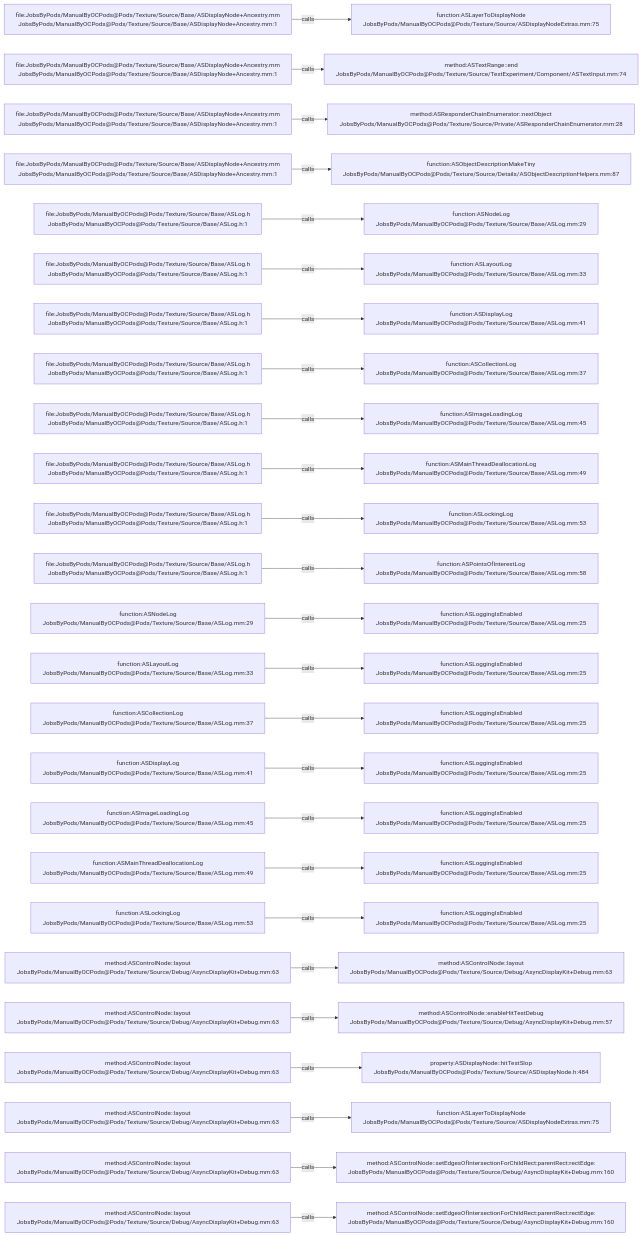
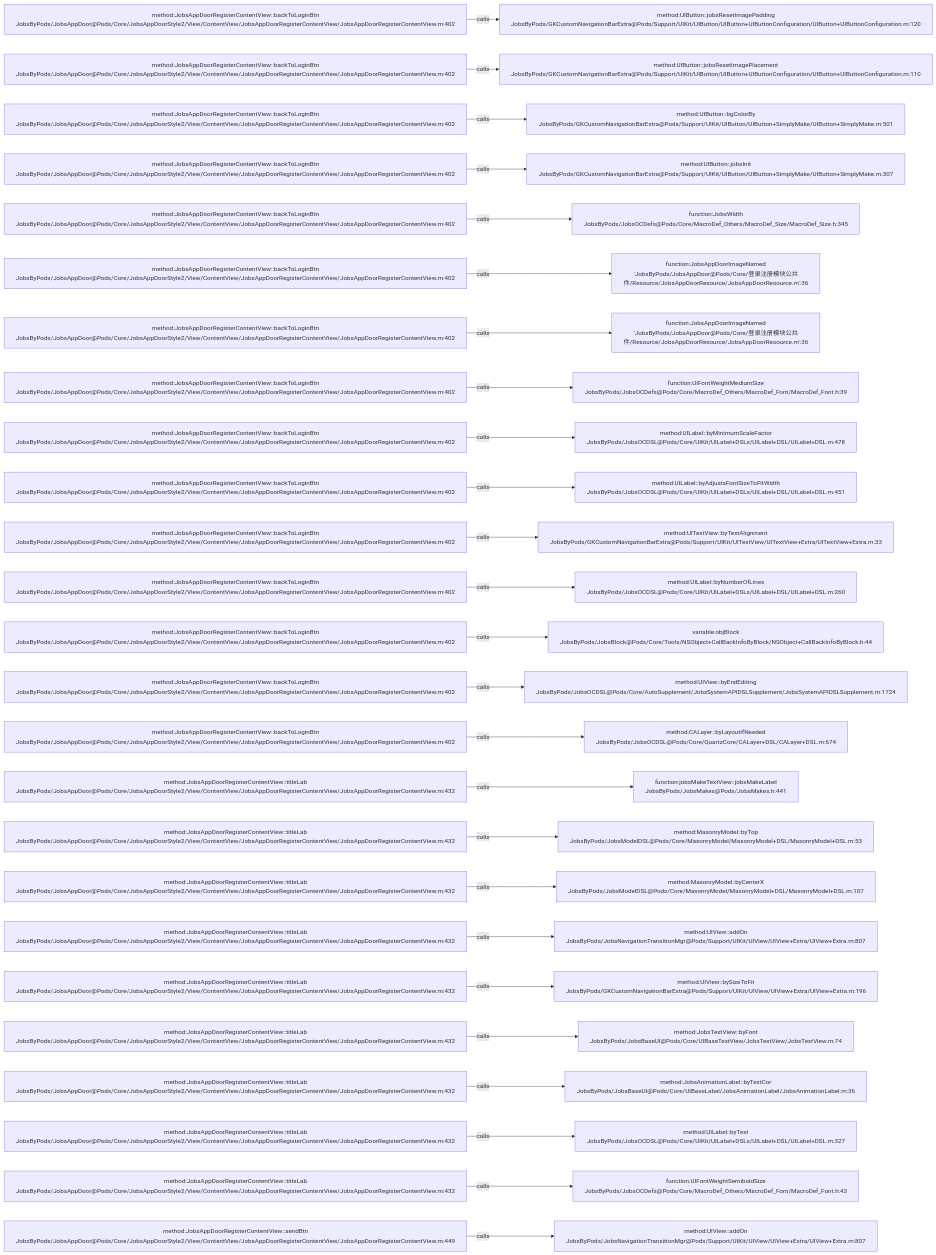
Before and after one commit to JobsKits/JobsOCBaseConfigDemo: the diagram in .codegraph/codegraph.md/graphs/calls-132.md, drawn with Mermaid. The commit also changed 768 other files, not shown here.

````diff
--- a/.codegraph/codegraph.md/graphs/calls-132.md
+++ b/.codegraph/codegraph.md/graphs/calls-132.md
@@ -13,78 +13,78 @@
 ```mermaid
 flowchart LR
-  S1["file:JobsByPods/ManualByOCPods@Pods/Texture/Source/Base/ASDisplayNode+Ancestry.mm<br/>JobsByPods/ManualByOCPods@Pods/Texture/Source/Base/ASDisplayNode+Ancestry.mm:1"]
-  T1["function:ASLayerToDisplayNode<br/>JobsByPods/ManualByOCPods@Pods/Texture/Source/ASDisplayNodeExtras.mm:75"]
+  S1["method:JobsAppDoorRegisterContentView::backToLoginBtn<br/>JobsByPods/JobsAppDoor@Pods/Core/JobsAppDoorStyle2/View/ContentView/JobsAppDoorRegisterContentView/JobsAppDoorRegisterContentView.m:402"]
+  T1["method:UIButton::jobsResetImagePadding<br/>JobsByPods/GKCustomNavigationBarExtra@Pods/Support/UIKit/UIButton/UIButton+UIButtonConfiguration/UIButton+UIButtonConfiguration.m:120"]
   S1 -->|calls| T1
-  S2["file:JobsByPods/ManualByOCPods@Pods/Texture/Source/Base/ASDisplayNode+Ancestry.mm<br/>JobsByPods/ManualByOCPods@Pods/Texture/Source/Base/ASDisplayNode+Ancestry.mm:1"]
-  T2["method:ASTextRange::end<br/>JobsByPods/ManualByOCPods@Pods/Texture/Source/TextExperiment/Component/ASTextInput.mm:74"]
+  S2["method:JobsAppDoorRegisterContentView::backToLoginBtn<br/>JobsByPods/JobsAppDoor@Pods/Core/JobsAppDoorStyle2/View/ContentView/JobsAppDoorRegisterContentView/JobsAppDoorRegisterContentView.m:402"]
+  T2["method:UIButton::jobsResetImagePlacement<br/>JobsByPods/GKCustomNavigationBarExtra@Pods/Support/UIKit/UIButton/UIButton+UIButtonConfiguration/UIButton+UIButtonConfiguration.m:110"]
   S2 -->|calls| T2
-  S3["file:JobsByPods/ManualByOCPods@Pods/Texture/Source/Base/ASDisplayNode+Ancestry.mm<br/>JobsByPods/ManualByOCPods@Pods/Texture/Source/Base/ASDisplayNode+Ancestry.mm:1"]
-  T3["method:ASResponderChainEnumerator::nextObject<br/>JobsByPods/ManualByOCPods@Pods/Texture/Source/Private/ASResponderChainEnumerator.mm:28"]
+  S3["method:JobsAppDoorRegisterContentView::backToLoginBtn<br/>JobsByPods/JobsAppDoor@Pods/Core/JobsAppDoorStyle2/View/ContentView/JobsAppDoorRegisterContentView/JobsAppDoorRegisterContentView.m:402"]
+  T3["method:UIButton::bgColorBy<br/>JobsByPods/GKCustomNavigationBarExtra@Pods/Support/UIKit/UIButton/UIButton+SimplyMake/UIButton+SimplyMake.m:501"]
   S3 -->|calls| T3
-  S4["file:JobsByPods/ManualByOCPods@Pods/Texture/Source/Base/ASDisplayNode+Ancestry.mm<br/>JobsByPods/ManualByOCPods@Pods/Texture/Source/Base/ASDisplayNode+Ancestry.mm:1"]
-  T4["function:ASObjectDescriptionMakeTiny<br/>JobsByPods/ManualByOCPods@Pods/Texture/Source/Details/ASObjectDescriptionHelpers.mm:87"]
+  S4["method:JobsAppDoorRegisterContentView::backToLoginBtn<br/>JobsByPods/JobsAppDoor@Pods/Core/JobsAppDoorStyle2/View/ContentView/JobsAppDoorRegisterContentView/JobsAppDoorRegisterContentView.m:402"]
+  T4["method:UIButton::jobsInit<br/>JobsByPods/GKCustomNavigationBarExtra@Pods/Support/UIKit/UIButton/UIButton+SimplyMake/UIButton+SimplyMake.m:307"]
   S4 -->|calls| T4
-  S5["file:JobsByPods/ManualByOCPods@Pods/Texture/Source/Base/ASLog.h<br/>JobsByPods/ManualByOCPods@Pods/Texture/Source/Base/ASLog.h:1"]
-  T5["function:ASNodeLog<br/>JobsByPods/ManualByOCPods@Pods/Texture/Source/Base/ASLog.mm:29"]
+  S5["method:JobsAppDoorRegisterContentView::backToLoginBtn<br/>JobsByPods/JobsAppDoor@Pods/Core/JobsAppDoorStyle2/View/ContentView/JobsAppDoorRegisterContentView/JobsAppDoorRegisterContentView.m:402"]
+  T5["function:JobsWidth<br/>JobsByPods/JobsOCDefs@Pods/Core/MacroDef_Others/MacroDef_Size/MacroDef_Size.h:345"]
   S5 -->|calls| T5
-  S6["file:JobsByPods/ManualByOCPods@Pods/Texture/Source/Base/ASLog.h<br/>JobsByPods/ManualByOCPods@Pods/Texture/Source/Base/ASLog.h:1"]
-  T6["function:ASLayoutLog<br/>JobsByPods/ManualByOCPods@Pods/Texture/Source/Base/ASLog.mm:33"]
+  S6["method:JobsAppDoorRegisterContentView::backToLoginBtn<br/>JobsByPods/JobsAppDoor@Pods/Core/JobsAppDoorStyle2/View/ContentView/JobsAppDoorRegisterContentView/JobsAppDoorRegisterContentView.m:402"]
+  T6["function:JobsAppDoorImageNamed<br/>'JobsByPods/JobsAppDoor@Pods/Core/登录注册模块公共件/Resource/JobsAppDoorResource/JobsAppDoorResource.m':36"]
   S6 -->|calls| T6
-  S7["file:JobsByPods/ManualByOCPods@Pods/Texture/Source/Base/ASLog.h<br/>JobsByPods/ManualByOCPods@Pods/Texture/Source/Base/ASLog.h:1"]
-  T7["function:ASDisplayLog<br/>JobsByPods/ManualByOCPods@Pods/Texture/Source/Base/ASLog.mm:41"]
+  S7["method:JobsAppDoorRegisterContentView::backToLoginBtn<br/>JobsByPods/JobsAppDoor@Pods/Core/JobsAppDoorStyle2/View/ContentView/JobsAppDoorRegisterContentView/JobsAppDoorRegisterContentView.m:402"]
+  T7["function:JobsAppDoorImageNamed<br/>'JobsByPods/JobsAppDoor@Pods/Core/登录注册模块公共件/Resource/JobsAppDoorResource/JobsAppDoorResource.m':36"]
   S7 -->|calls| T7
-  S8["file:JobsByPods/ManualByOCPods@Pods/Texture/Source/Base/ASLog.h<br/>JobsByPods/ManualByOCPods@Pods/Texture/Source/Base/ASLog.h:1"]
-  T8["function:ASCollectionLog<br/>JobsByPods/ManualByOCPods@Pods/Texture/Source/Base/ASLog.mm:37"]
+  S8["method:JobsAppDoorRegisterContentView::backToLoginBtn<br/>JobsByPods/JobsAppDoor@Pods/Core/JobsAppDoorStyle2/View/ContentView/JobsAppDoorRegisterContentView/JobsAppDoorRegisterContentView.m:402"]
+  T8["function:UIFontWeightMediumSize<br/>JobsByPods/JobsOCDefs@Pods/Core/MacroDef_Others/MacroDef_Font/MacroDef_Font.h:39"]
   S8 -->|calls| T8
-  S9["file:JobsByPods/ManualByOCPods@Pods/Texture/Source/Base/ASLog.h<br/>JobsByPods/ManualByOCPods@Pods/Texture/Source/Base/ASLog.h:1"]
-  T9["function:ASImageLoadingLog<br/>JobsByPods/ManualByOCPods@Pods/Texture/Source/Base/ASLog.mm:45"]
+  S9["method:JobsAppDoorRegisterContentView::backToLoginBtn<br/>JobsByPods/JobsAppDoor@Pods/Core/JobsAppDoorStyle2/View/ContentView/JobsAppDoorRegisterContentView/JobsAppDoorRegisterContentView.m:402"]
+  T9["method:UILabel::byMinimumScaleFactor<br/>JobsByPods/JobsOCDSL@Pods/Core/UIKit/UILabel+DSLs/UILabel+DSL/UILabel+DSL.m:478"]
   S9 -->|calls| T9
-  S10["file:JobsByPods/ManualByOCPods@Pods/Texture/Source/Base/ASLog.h<br/>JobsByPods/ManualByOCPods@Pods/Texture/Source/Base/ASLog.h:1"]
-  T10["function:ASMainThreadDeallocationLog<br/>JobsByPods/ManualByOCPods@Pods/Texture/Source/Base/ASLog.mm:49"]
+  S10["method:JobsAppDoorRegisterContentView::backToLoginBtn<br/>JobsByPods/JobsAppDoor@Pods/Core/JobsAppDoorStyle2/View/ContentView/JobsAppDoorRegisterContentView/JobsAppDoorRegisterContentView.m:402"]
+  T10["method:UILabel::byAdjustsFontSizeToFitWidth<br/>JobsByPods/JobsOCDSL@Pods/Core/UIKit/UILabel+DSLs/UILabel+DSL/UILabel+DSL.m:451"]
   S10 -->|calls| T10
-  S11["file:JobsByPods/ManualByOCPods@Pods/Texture/Source/Base/ASLog.h<br/>JobsByPods/ManualByOCPods@Pods/Texture/Source/Base/ASLog.h:1"]
-  T11["function:ASLockingLog<br/>JobsByPods/ManualByOCPods@Pods/Texture/Source/Base/ASLog.mm:53"]
+  S11["method:JobsAppDoorRegisterContentView::backToLoginBtn<br/>JobsByPods/JobsAppDoor@Pods/Core/JobsAppDoorStyle2/View/ContentView/JobsAppDoorRegisterContentView/JobsAppDoorRegisterContentView.m:402"]
+  T11["method:UITextView::byTextAlignment<br/>JobsByPods/GKCustomNavigationBarExtra@Pods/Support/UIKit/UITextView/UITextView+Extra/UITextView+Extra.m:33"]
   S11 -->|calls| T11
-  S12["file:JobsByPods/ManualByOCPods@Pods/Texture/Source/Base/ASLog.h<br/>JobsByPods/ManualByOCPods@Pods/Texture/Source/Base/ASLog.h:1"]
-  T12["function:ASPointsOfInterestLog<br/>JobsByPods/ManualByOCPods@Pods/Texture/Source/Base/ASLog.mm:58"]
+  S12["method:JobsAppDoorRegisterContentView::backToLoginBtn<br/>JobsByPods/JobsAppDoor@Pods/Core/JobsAppDoorStyle2/View/ContentView/JobsAppDoorRegisterContentView/JobsAppDoorRegisterContentView.m:402"]
+  T12["method:UILabel::byNumberOfLines<br/>JobsByPods/JobsOCDSL@Pods/Core/UIKit/UILabel+DSLs/UILabel+DSL/UILabel+DSL.m:260"]
   S12 -->|calls| T12
-  S13["function:ASNodeLog<br/>JobsByPods/ManualByOCPods@Pods/Texture/Source/Base/ASLog.mm:29"]
-  T13["function:ASLoggingIsEnabled<br/>JobsByPods/ManualByOCPods@Pods/Texture/Source/Base/ASLog.mm:25"]
+  S13["method:JobsAppDoorRegisterContentView::backToLoginBtn<br/>JobsByPods/JobsAppDoor@Pods/Core/JobsAppDoorStyle2/View/ContentView/JobsAppDoorRegisterContentView/JobsAppDoorRegisterContentView.m:402"]
+  T13["variable:objBlock<br/>JobsByPods/JobsBlock@Pods/Core/Tools/NSObject+CallBackInfoByBlock/NSObject+CallBackInfoByBlock.h:44"]
   S13 -->|calls| T13
-  S14["function:ASLayoutLog<br/>JobsByPods/ManualByOCPods@Pods/Texture/Source/Base/ASLog.mm:33"]
-  T14["function:ASLoggingIsEnabled<br/>JobsByPods/ManualByOCPods@Pods/Texture/Source/Base/ASLog.mm:25"]
+  S14["method:JobsAppDoorRegisterContentView::backToLoginBtn<br/>JobsByPods/JobsAppDoor@Pods/Core/JobsAppDoorStyle2/View/ContentView/JobsAppDoorRegisterContentView/JobsAppDoorRegisterContentView.m:402"]
+  T14["method:UIView::byEndEditing<br/>JobsByPods/JobsOCDSL@Pods/Core/AutoSupplement/JobsSystemAPIDSLSupplement/JobsSystemAPIDSLSupplement.m:1724"]
   S14 -->|calls| T14
-  S15["function:ASCollectionLog<br/>JobsByPods/ManualByOCPods@Pods/Texture/Source/Base/ASLog.mm:37"]
-  T15["function:ASLoggingIsEnabled<br/>JobsByPods/ManualByOCPods@Pods/Texture/Source/Base/ASLog.mm:25"]
+  S15["method:JobsAppDoorRegisterContentView::backToLoginBtn<br/>JobsByPods/JobsAppDoor@Pods/Core/JobsAppDoorStyle2/View/ContentView/JobsAppDoorRegisterContentView/JobsAppDoorRegisterContentView.m:402"]
+  T15["method:CALayer::byLayoutIfNeeded<br/>JobsByPods/JobsOCDSL@Pods/Core/QuartzCore/CALayer+DSL/CALayer+DSL.m:674"]
   S15 -->|calls| T15
-  S16["function:ASDisplayLog<br/>JobsByPods/ManualByOCPods@Pods/Texture/Source/Base/ASLog.mm:41"]
-  T16["function:ASLoggingIsEnabled<br/>JobsByPods/ManualByOCPods@Pods/Texture/Source/Base/ASLog.mm:25"]
+  S16["method:JobsAppDoorRegisterContentView::titleLab<br/>JobsByPods/JobsAppDoor@Pods/Core/JobsAppDoorStyle2/View/ContentView/JobsAppDoorRegisterContentView/JobsAppDoorRegisterContentView.m:432"]
+  T16["function:jobsMakeTextView::jobsMakeLabel<br/>JobsByPods/JobsMakes@Pods/JobsMakes.h:441"]
   S16 -->|calls| T16
-  S17["function:ASImageLoadingLog<br/>JobsByPods/ManualByOCPods@Pods/Texture/Source/Base/ASLog.mm:45"]
-  T17["function:ASLoggingIsEnabled<br/>JobsByPods/ManualByOCPods@Pods/Texture/Source/Base/ASLog.mm:25"]
+  S17["method:JobsAppDoorRegisterContentView::titleLab<br/>JobsByPods/JobsAppDoor@Pods/Core/JobsAppDoorStyle2/View/ContentView/JobsAppDoorRegisterContentView/JobsAppDoorRegisterContentView.m:432"]
+  T17["method:MasonryModel::byTop<br/>JobsByPods/JobsModelDSL@Pods/Core/MasonryModel/MasonryModel+DSL/MasonryModel+DSL.m:53"]
   S17 -->|calls| T17
-  S18["function:ASMainThreadDeallocationLog<br/>JobsByPods/ManualByOCPods@Pods/Texture/Source/Base/ASLog.mm:49"]
-  T18["function:ASLoggingIsEnabled<br/>JobsByPods/ManualByOCPods@Pods/Texture/Source/Base/ASLog.mm:25"]
+  S18["method:JobsAppDoorRegisterContentView::titleLab<br/>JobsByPods/JobsAppDoor@Pods/Core/JobsAppDoorStyle2/View/ContentView/JobsAppDoorRegisterContentView/JobsAppDoorRegisterContentView.m:432"]
+  T18["method:MasonryModel::byCenterX<br/>JobsByPods/JobsModelDSL@Pods/Core/MasonryModel/MasonryModel+DSL/MasonryModel+DSL.m:107"]
   S18 -->|calls| T18
-  S19["function:ASLockingLog<br/>JobsByPods/ManualByOCPods@Pods/Texture/Source/Base/ASLog.mm:53"]
-  T19["function:ASLoggingIsEnabled<br/>JobsByPods/ManualByOCPods@Pods/Texture/Source/Base/ASLog.mm:25"]
+  S19["method:JobsAppDoorRegisterContentView::titleLab<br/>JobsByPods/JobsAppDoor@Pods/Core/JobsAppDoorStyle2/View/ContentView/JobsAppDoorRegisterContentView/JobsAppDoorRegisterContentView.m:432"]
+  T19["method:UIView::addOn<br/>JobsByPods/JobsNavigationTransitionMgr@Pods/Support/UIKit/UIView/UIView+Extra/UIView+Extra.m:807"]
   S19 -->|calls| T19
-  S20["method:ASControlNode::layout<br/>JobsByPods/ManualByOCPods@Pods/Texture/Source/Debug/AsyncDisplayKit+Debug.mm:63"]
-  T20["method:ASControlNode::layout<br/>JobsByPods/ManualByOCPods@Pods/Texture/Source/Debug/AsyncDisplayKit+Debug.mm:63"]
+  S20["method:JobsAppDoorRegisterContentView::titleLab<br/>JobsByPods/JobsAppDoor@Pods/Core/JobsAppDoorStyle2/View/ContentView/JobsAppDoorRegisterContentView/JobsAppDoorRegisterContentView.m:432"]
+  T20["method:UIView::bySizeToFit<br/>JobsByPods/GKCustomNavigationBarExtra@Pods/Support/UIKit/UIView/UIView+Extra/UIView+Extra.m:196"]
   S20 -->|calls| T20
-  S21["method:ASControlNode::layout<br/>JobsByPods/ManualByOCPods@Pods/Texture/Source/Debug/AsyncDisplayKit+Debug.mm:63"]
-  T21["method:ASControlNode::enableHitTestDebug<br/>JobsByPods/ManualByOCPods@Pods/Texture/Source/Debug/AsyncDisplayKit+Debug.mm:57"]
+  S21["method:JobsAppDoorRegisterContentView::titleLab<br/>JobsByPods/JobsAppDoor@Pods/Core/JobsAppDoorStyle2/View/ContentView/JobsAppDoorRegisterContentView/JobsAppDoorRegisterContentView.m:432"]
+  T21["method:JobsTextView::byFont<br/>JobsByPods/JobsBaseUI@Pods/Core/UIBaseTextView/JobsTextView/JobsTextView.m:74"]
   S21 -->|calls| T21
-  S22["method:ASControlNode::layout<br/>JobsByPods/ManualByOCPods@Pods/Texture/Source/Debug/AsyncDisplayKit+Debug.mm:63"]
-  T22["property:ASDisplayNode::hitTestSlop<br/>JobsByPods/ManualByOCPods@Pods/Texture/Source/ASDisplayNode.h:484"]
+  S22["method:JobsAppDoorRegisterContentView::titleLab<br/>JobsByPods/JobsAppDoor@Pods/Core/JobsAppDoorStyle2/View/ContentView/JobsAppDoorRegisterContentView/JobsAppDoorRegisterContentView.m:432"]
+  T22["method:JobsAnimationLabel::byTextCor<br/>JobsByPods/JobsBaseUI@Pods/Core/UIBaseLabel/JobsAnimationLabel/JobsAnimationLabel.m:36"]
   S22 -->|calls| T22
-  S23["method:ASControlNode::layout<br/>JobsByPods/ManualByOCPods@Pods/Texture/Source/Debug/AsyncDisplayKit+Debug.mm:63"]
-  T23["function:ASLayerToDisplayNode<br/>JobsByPods/ManualByOCPods@Pods/Texture/Source/ASDisplayNodeExtras.mm:75"]
+  S23["method:JobsAppDoorRegisterContentView::titleLab<br/>JobsByPods/JobsAppDoor@Pods/Core/JobsAppDoorStyle2/View/ContentView/JobsAppDoorRegisterContentView/JobsAppDoorRegisterContentView.m:432"]
+  T23["method:UILabel::byText<br/>JobsByPods/JobsOCDSL@Pods/Core/UIKit/UILabel+DSLs/UILabel+DSL/UILabel+DSL.m:327"]
   S23 -->|calls| T23
-  S24["method:ASControlNode::layout<br/>JobsByPods/ManualByOCPods@Pods/Texture/Source/Debug/AsyncDisplayKit+Debug.mm:63"]
-  T24["method:ASControlNode::setEdgesOfIntersectionForChildRect:parentRect:rectEdge:<br/>JobsByPods/ManualByOCPods@Pods/Texture/Source/Debug/AsyncDisplayKit+Debug.mm:160"]
+  S24["method:JobsAppDoorRegisterContentView::titleLab<br/>JobsByPods/JobsAppDoor@Pods/Core/JobsAppDoorStyle2/View/ContentView/JobsAppDoorRegisterContentView/JobsAppDoorRegisterContentView.m:432"]
+  T24["function:UIFontWeightSemiboldSize<br/>JobsByPods/JobsOCDefs@Pods/Core/MacroDef_Others/MacroDef_Font/MacroDef_Font.h:43"]
   S24 -->|calls| T24
-  S25["method:ASControlNode::layout<br/>JobsByPods/ManualByOCPods@Pods/Texture/Source/Debug/AsyncDisplayKit+Debug.mm:63"]
-  T25["method:ASControlNode::setEdgesOfIntersectionForChildRect:parentRect:rectEdge:<br/>JobsByPods/ManualByOCPods@Pods/Texture/Source/Debug/AsyncDisplayKit+Debug.mm:160"]
+  S25["method:JobsAppDoorRegisterContentView::sendBtn<br/>JobsByPods/JobsAppDoor@Pods/Core/JobsAppDoorStyle2/View/ContentView/JobsAppDoorRegisterContentView/JobsAppDoorRegisterContentView.m:449"]
+  T25["method:UIView::addOn<br/>JobsByPods/JobsNavigationTransitionMgr@Pods/Support/UIKit/UIView/UIView+Extra/UIView+Extra.m:807"]
   S25 -->|calls| T25
 ```
````
